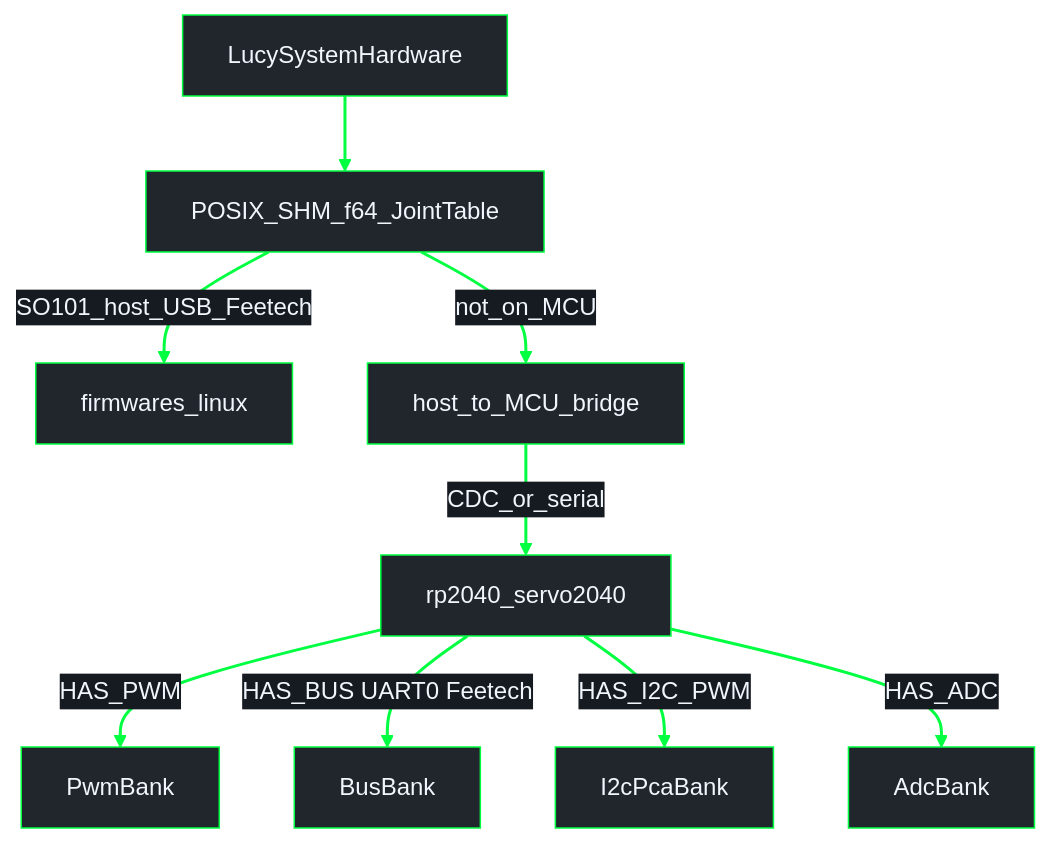
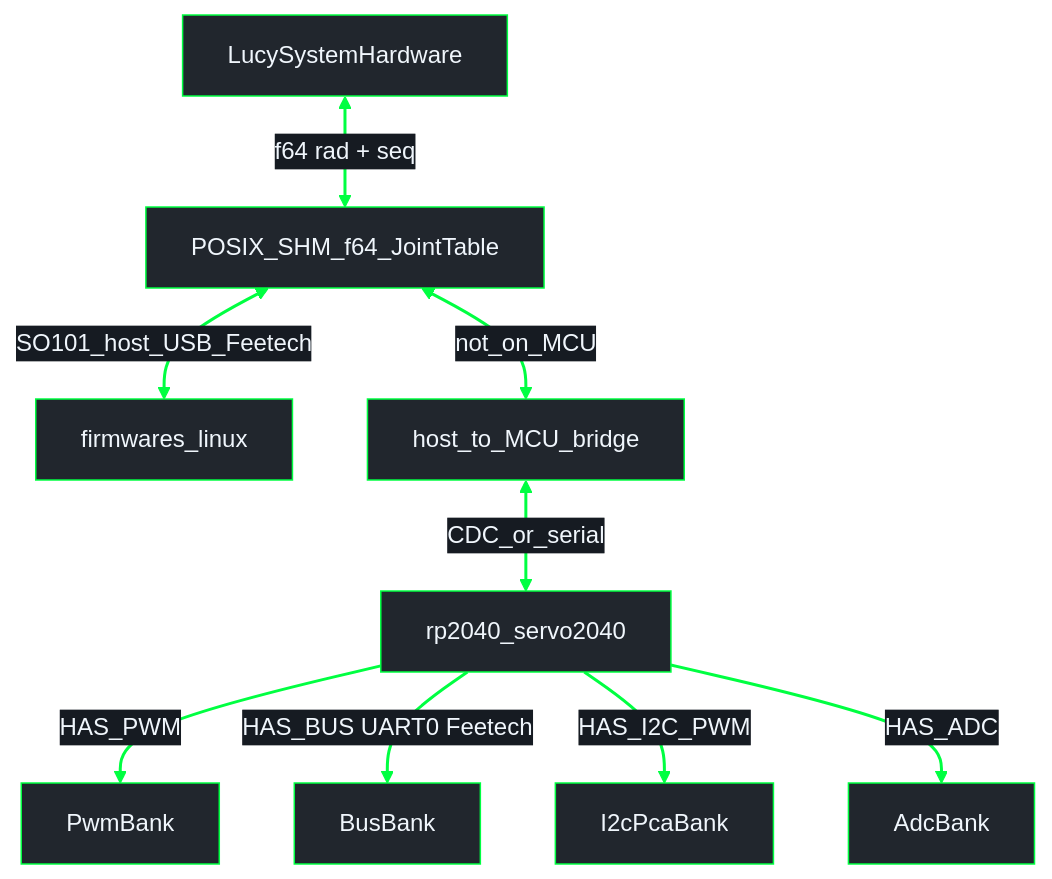
The first of 3 diagrams in docs/architecture/firmware.md (Lucy-Robotics/lucy_embedded_firmware), drawn with Mermaid before and after one commit. The commit also changed other lines of this file, not shown here.

Commit message:
evol(architecture): bidirectional HI↔SHM↔MCU control path

````diff
--- a/docs/architecture/firmware.md
+++ b/docs/architecture/firmware.md
@@ -14,18 +14,18 @@
 ```mermaid
 %%{init: {"theme": "base", "themeVariables": {"darkMode": true, "background": "#0d1117", "mainBkg": "#21262d", "primaryColor": "#21262d", "primaryTextColor": "#f0f6fc", "primaryBorderColor": "#00FF41", "secondaryColor": "#161b22", "secondaryTextColor": "#f0f6fc", "secondaryBorderColor": "#00FF41", "tertiaryColor": "#161b22", "tertiaryTextColor": "#f0f6fc", "tertiaryBorderColor": "#00FF41", "lineColor": "#00FF41", "textColor": "#f0f6fc", "nodeTextColor": "#f0f6fc", "edgeLabelBackground": "#161b22", "clusterBkg": "#0d1117", "clusterBorder": "#00FF41", "titleColor": "#f0f6fc"}}}%%
 flowchart TB
   HI["LucySystemHardware"]
   SHM["POSIX_SHM_f64_JointTable"]
   LinuxFW["firmwares_linux"]
   Bridge["host_to_MCU_bridge"]
   S2040["rp2040_servo2040"]
-  HI --> SHM
-  SHM -->|"SO101_host_USB_Feetech"| LinuxFW
-  SHM -->|"not_on_MCU"| Bridge
-  Bridge -->|"CDC_or_serial"| S2040
+  HI <-->|"f64 rad + seq"| SHM
+  SHM <-->|"SO101_host_USB_Feetech"| LinuxFW
+  SHM <-->|"not_on_MCU"| Bridge
+  Bridge <-->|"CDC_or_serial"| S2040
   S2040 -->|"HAS_PWM"| PWM["PwmBank"]
   S2040 -->|"HAS_BUS UART0 Feetech"| Bus["BusBank"]
   S2040 -->|"HAS_I2C_PWM"| I2C["I2cPcaBank"]
   S2040 -->|"HAS_ADC"| ADC["AdcBank"]
   linkStyle default stroke:#00FF41,stroke-width:2px
 ```
````
